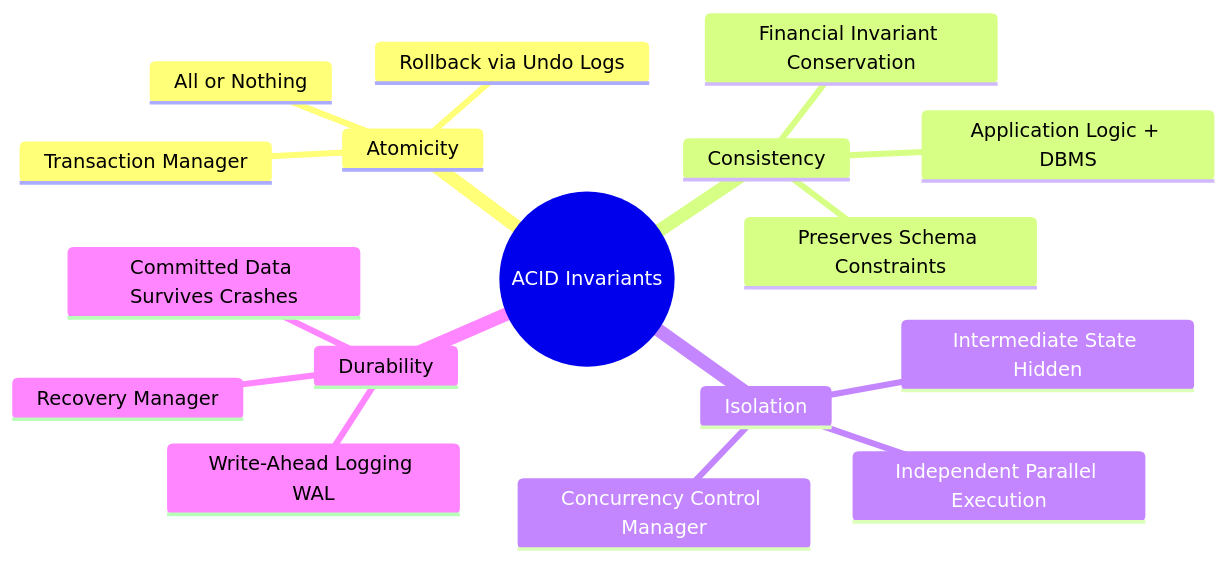
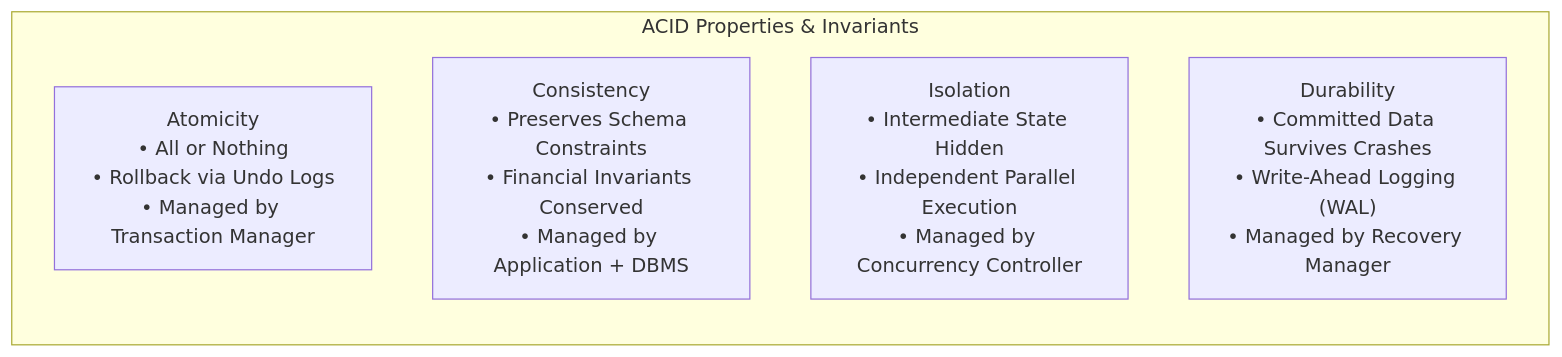
The fourth of 18 diagrams in 02-DBMS/Transactions-and-Concurrency-Control.md (rohithgowda18/Notes), drawn with Mermaid before and after one commit. The commit also changed other lines of this file and 15 other files, not shown here.

Commit message:
docs: audit Mermaid diagrams, optimize side-by-side layouts, and deduplicate DBMS advanced notes

````diff
--- a/02-DBMS/Transactions-and-Concurrency-Control.md
+++ b/02-DBMS/Transactions-and-Concurrency-Control.md
@@ -127,20 +127,10 @@
 ```mermaid
-mindmap
-  root((ACID Invariants))
-    Atomicity
-      All or Nothing
-      Rollback via Undo Logs
-      Transaction Manager
-    Consistency
-      Preserves Schema Constraints
-      Financial Invariant Conservation
-      Application Logic + DBMS
-    Isolation
-      Intermediate State Hidden
-      Independent Parallel Execution
-      Concurrency Control Manager
-    Durability
-      Committed Data Survives Crashes
-      Write-Ahead Logging WAL
-      Recovery Manager
+flowchart TD
+    subgraph ACID ["ACID Properties & Invariants"]
+        direction TB
+        A["Atomicity<br/>• All or Nothing<br/>• Rollback via Undo Logs<br/>• Managed by Transaction Manager"]
+        C["Consistency<br/>• Preserves Schema Constraints<br/>• Financial Invariants Conserved<br/>• Managed by Application + DBMS"]
+        I["Isolation<br/>• Intermediate State Hidden<br/>• Independent Parallel Execution<br/>• Managed by Concurrency Controller"]
+        D["Durability<br/>• Committed Data Survives Crashes<br/>• Write-Ahead Logging (WAL)<br/>• Managed by Recovery Manager"]
+    end
 ```
````
